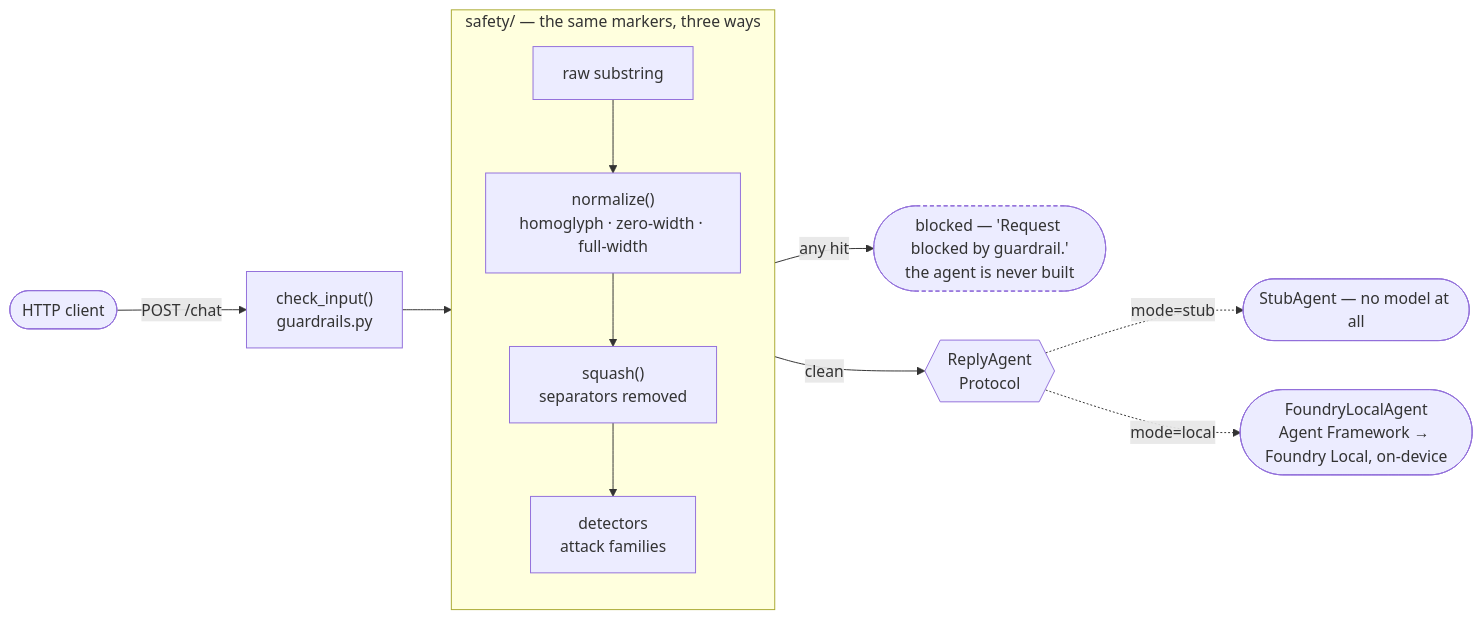
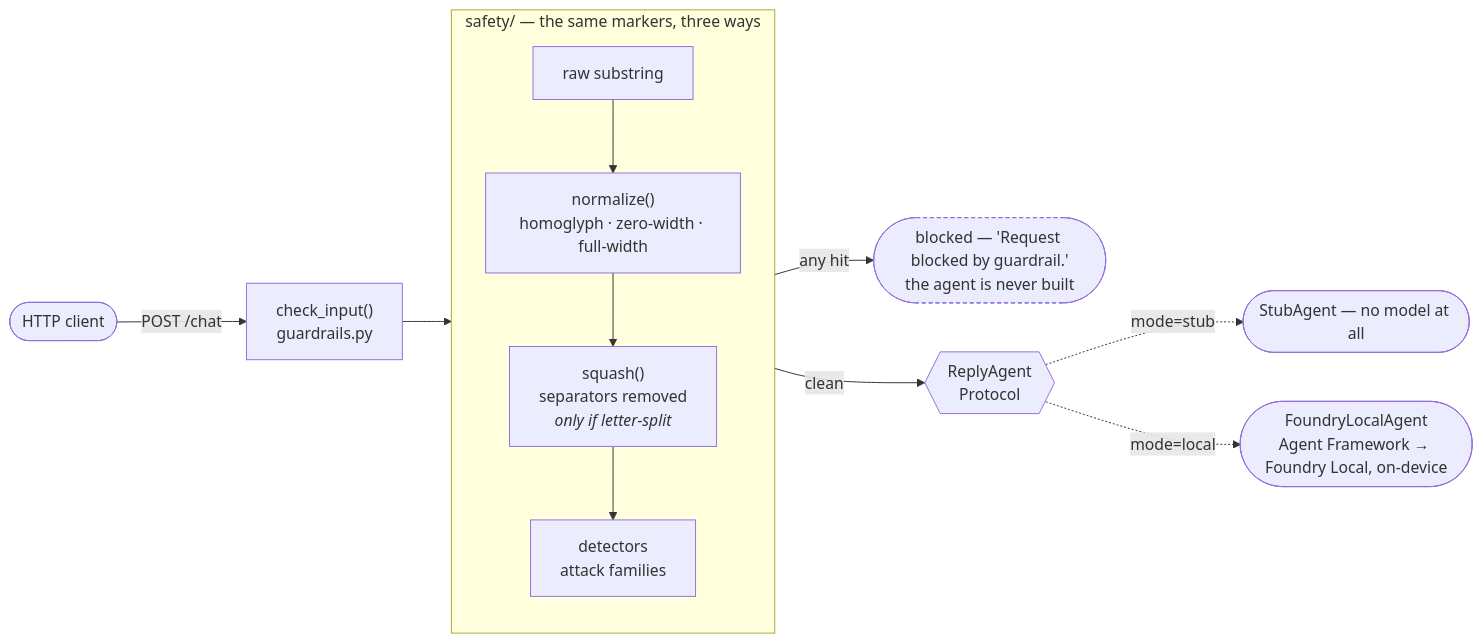
The first of 8 diagrams in README.md (PratikDhanave/harness-engineering), drawn with Mermaid before and after one commit. The commit also changed other lines of this file and 21 other files, not shown here.

````diff
--- a/README.md
+++ b/README.md
@@ -107,18 +107,18 @@
 ```mermaid
 flowchart LR
     U([HTTP client]) -->|POST /chat| G["check_input()<br/>guardrails.py"]
 
     subgraph SAFETY["safety/ — the same markers, three ways"]
         direction TB
-        N1["raw substring"] --> N2["normalize()<br/>homoglyph · zero-width · full-width"] --> N3["squash()<br/>separators removed"] --> N4["detectors<br/>attack families"]
+        N1["raw substring"] --> N2["normalize()<br/>homoglyph · zero-width · full-width"] --> N3["squash()<br/>separators removed<br/><i>only if letter-split</i>"] --> N4["detectors<br/>attack families"]
     end
 
     G --> SAFETY
     SAFETY -->|any hit| BLOCK(["blocked — 'Request blocked by guardrail.'<br/>the agent is never built"])
     SAFETY -->|clean| SEAM{{"ReplyAgent<br/>Protocol"}}
     SEAM -.->|mode=stub| STUB(["StubAgent — no model at all"])
     SEAM -.->|mode=local| LOCAL(["FoundryLocalAgent<br/>Agent Framework → Foundry Local, on-device"])
 
     style BLOCK stroke-dasharray: 4 3
 
 ```
````
